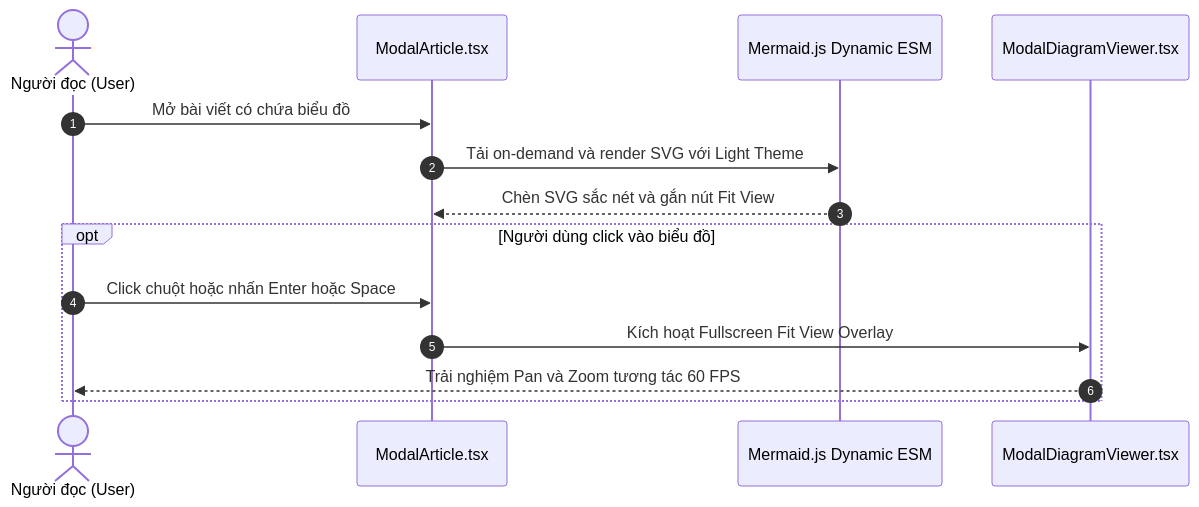
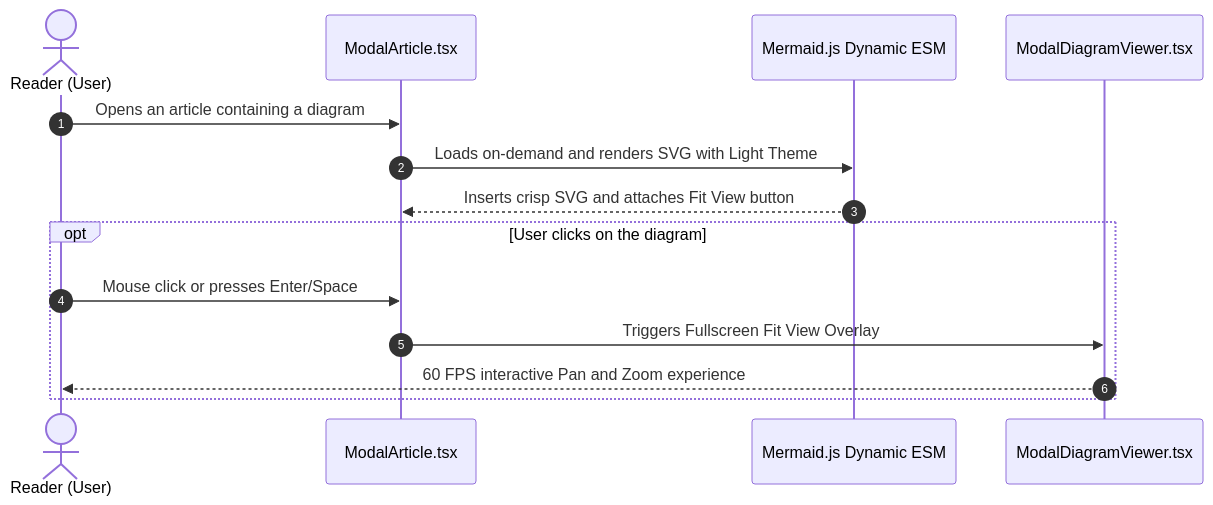
One commit to ga2631/ga2631.github.io changed the diagram in src/data/blog/en/22-2026-09-10-optimizing-mermaid-frontend-ui-theme-viewport-responsive.md. Above: the diagram before and after it, drawn with Mermaid. The commit also changed other lines of this file and 74 other files, not shown here.

````diff
--- a/src/data/blog/en/22-2026-09-10-optimizing-mermaid-frontend-ui-theme-viewport-responsive.md
+++ b/src/data/blog/en/22-2026-09-10-optimizing-mermaid-frontend-ui-theme-viewport-responsive.md
@@ -52,17 +52,17 @@
 ```mermaid
 sequenceDiagram
     autonumber
-    actor Reader as Người đọc (User)
+    actor Reader as Reader (User)
     participant Article as ModalArticle.tsx
     participant MermaidEngine as Mermaid.js Dynamic ESM
     participant Viewer as ModalDiagramViewer.tsx
 
-    Reader->>Article: Mở bài viết có chứa biểu đồ
-    Article->>MermaidEngine: Tải on-demand và render SVG với Light Theme
-    MermaidEngine-->>Article: Chèn SVG sắc nét và gắn nút Fit View
-    opt Người dùng click vào biểu đồ
-        Reader->>Article: Click chuột hoặc nhấn Enter hoặc Space
-        Article->>Viewer: Kích hoạt Fullscreen Fit View Overlay
-        Viewer-->>Reader: Trải nghiệm Pan và Zoom tương tác 60 FPS
+    Reader->>Article: Opens an article containing a diagram
+    Article->>MermaidEngine: Loads on-demand and renders SVG with Light Theme
+    MermaidEngine-->>Article: Inserts crisp SVG and attaches Fit View button
+    opt User clicks on the diagram
+        Reader->>Article: Mouse click or presses Enter/Space
+        Article->>Viewer: Triggers Fullscreen Fit View Overlay
+        Viewer-->>Reader: 60 FPS interactive Pan and Zoom experience
     end
 ```
````
